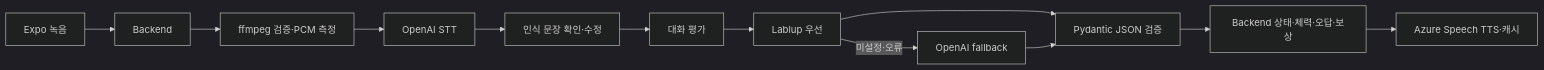
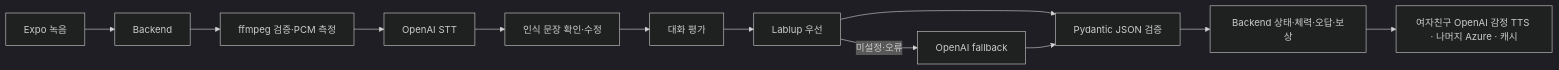
One commit to 2026-INTHON/ai changed the diagram in README.md. Above: the diagram before and after it, drawn with Mermaid (dark theme). The commit also changed other lines of this file and 6 other files, not shown here.

````diff
--- a/README.md
+++ b/README.md
@@ -11,14 +11,14 @@
 ```mermaid
 flowchart LR
   A[Expo 녹음] --> B[Backend]
   B --> C[ffmpeg 검증·PCM 측정]
   C --> D[OpenAI STT]
   D --> E[인식 문장 확인·수정]
   E --> F[대화 평가]
   F --> G[Lablup 우선]
   G -->|미설정·오류| H[OpenAI fallback]
   G --> I[Pydantic JSON 검증]
   H --> I
   I --> J[Backend 상태·체력·오답·보상]
-  J --> K[Azure Speech TTS·캐시]
+  J --> K[여자친구 OpenAI 감정 TTS · 나머지 Azure · 캐시]
 ```
````
